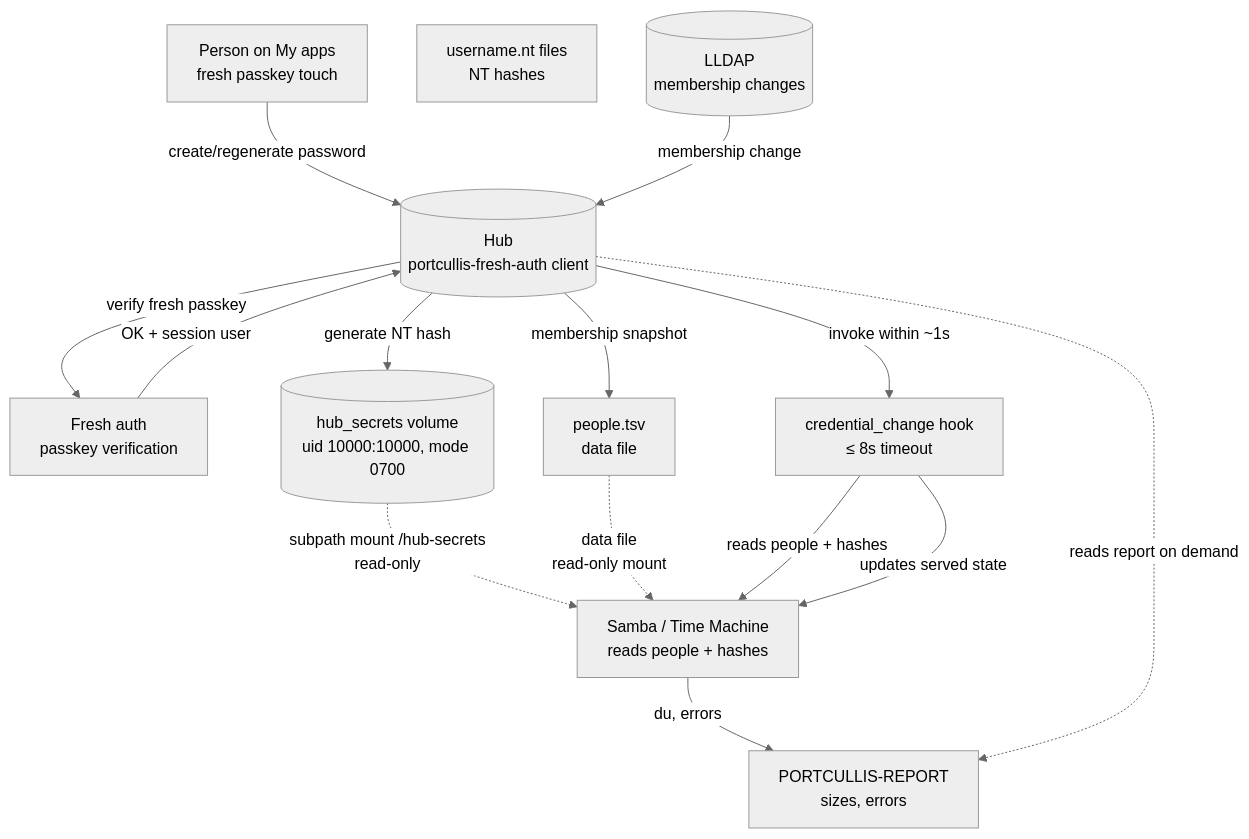
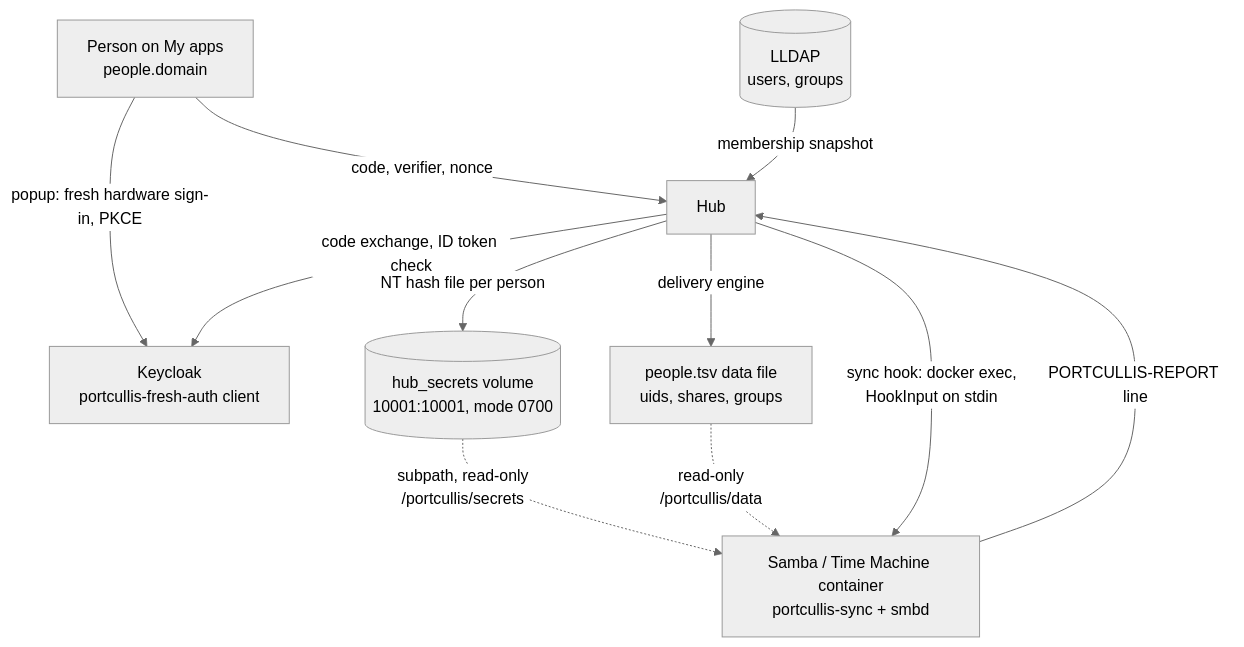
The ninth of 11 diagrams in docs/architecture.md (porelli/portcullis-docs), drawn with Mermaid (neutral theme) before and after one commit. The commit also changed other lines of this file and 11 other files, not shown here.

````diff
--- a/docs/architecture.md
+++ b/docs/architecture.md
@@ -421,27 +428,21 @@
 ```mermaid
 flowchart TB
-    Person[Person on My apps<br/>fresh passkey touch]
-    Hub[(Hub<br/>portcullis-fresh-auth client)]
-    FreshAuth[Fresh auth<br/>passkey verification]
-    Secrets[(hub_secrets volume<br/>uid 10000:10000, mode 0700)]
-    People[people.tsv<br/>data file]
-    Hashes[username.nt files<br/>NT hashes]
-    Hook[credential_change hook<br/>≤ 8s timeout]
-    App[Samba / Time Machine<br/>reads people + hashes]
-    Report[PORTCULLIS-REPORT<br/>sizes, errors]
-    LLDAP[(LLDAP<br/>membership changes)]
+    Person[Person on My apps<br/>people.domain]
+    KC[Keycloak<br/>portcullis-fresh-auth client]
+    Hub[Hub]
+    Secrets[(hub_secrets volume<br/>10001:10001, mode 0700)]
+    People[people.tsv data file<br/>uids, shares, groups]
+    LLDAP[(LLDAP<br/>users, groups)]
+    App[Samba / Time Machine container<br/>portcullis-sync + smbd]
 
-    Person -->|create/regenerate password| Hub
-    Hub -->|verify fresh passkey| FreshAuth
-    FreshAuth -->|OK + session user| Hub
-    Hub -->|generate NT hash| Secrets
-    Secrets -.->|subpath mount /hub-secrets<br/>read-only| App
-    Hub -->|membership snapshot| People
-    People -.->|data file<br/>read-only mount| App
-    LLDAP -->|membership change| Hub
-    Hub -->|invoke within ~1s| Hook
-    Hook -->|reads people + hashes| App
-    Hook -->|updates served state| App
-    App -->|du, errors| Report
-    Hub -.->|reads report on demand| Report
+    Person -->|popup: fresh hardware sign-in, PKCE| KC
+    Person -->|code, verifier, nonce| Hub
+    Hub -->|code exchange, ID token check| KC
+    Hub -->|NT hash file per person| Secrets
+    Hub -->|delivery engine| People
+    LLDAP -->|membership snapshot| Hub
+    Secrets -.->|subpath, read-only<br/>/portcullis/secrets| App
+    People -.->|read-only<br/>/portcullis/data| App
+    Hub -->|sync hook: docker exec,<br/>HookInput on stdin| App
+    App -->|PORTCULLIS-REPORT line| Hub
 ```
````
